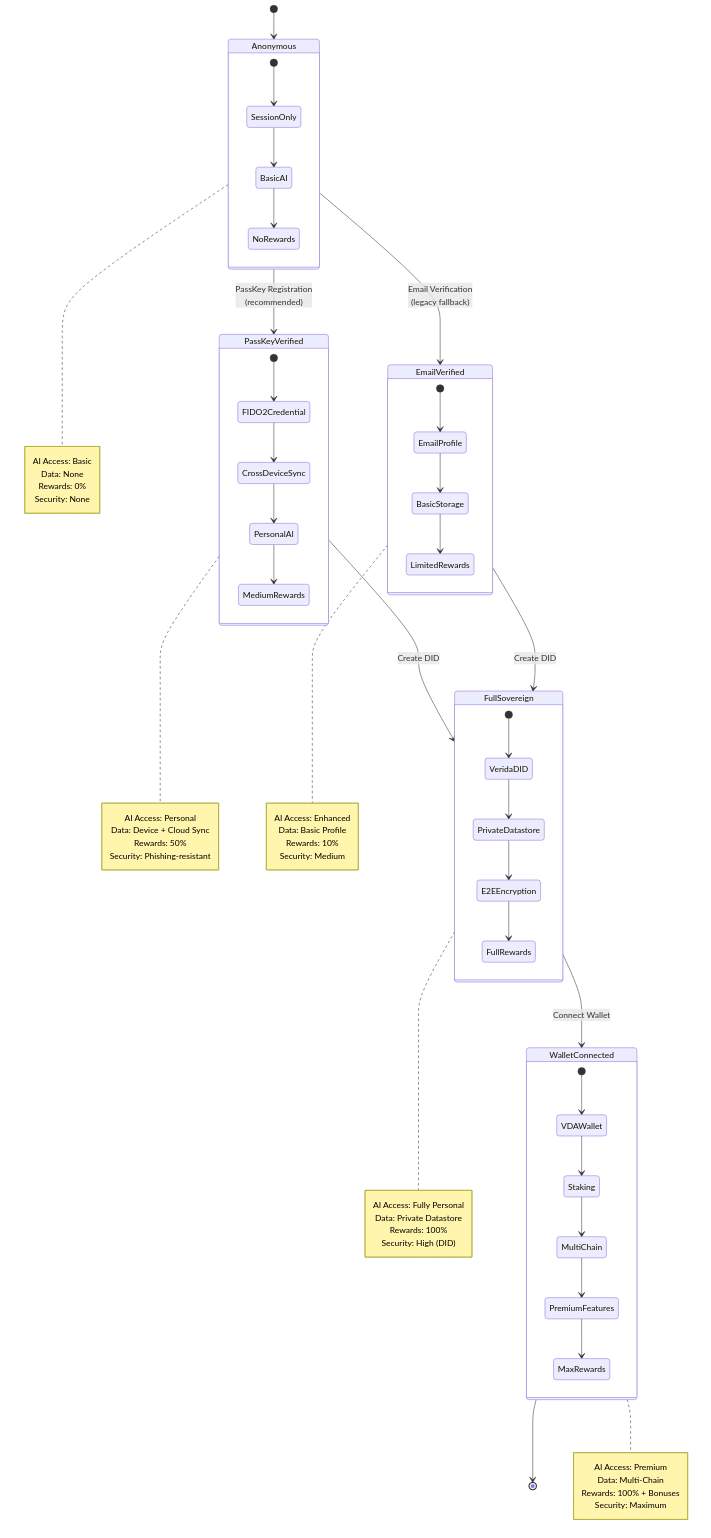
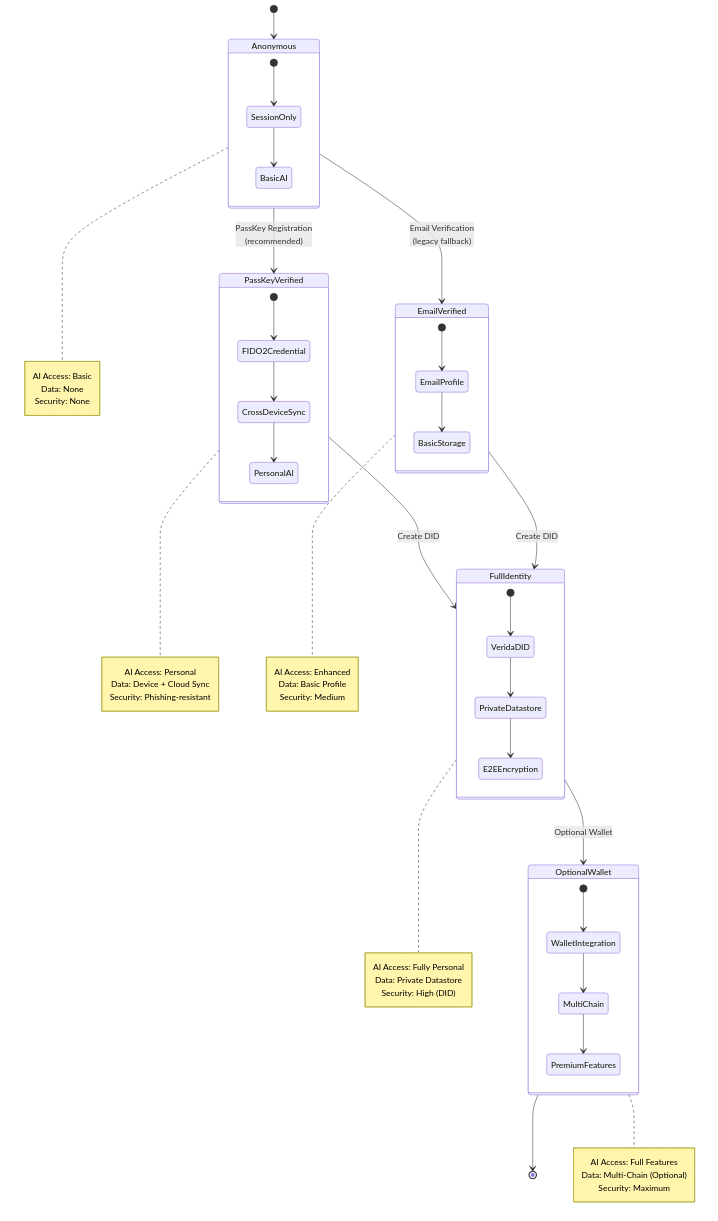
The fifth of 15 diagrams in docs/DATA_FLOWS.md (Kwaai-AI-Lab/KwaaiNet), drawn with Mermaid before and after one commit. The commit also changed other lines of this file and 10 other files, not shown here.

````diff
--- a/docs/DATA_FLOWS.md
+++ b/docs/DATA_FLOWS.md
@@ -207,79 +206,68 @@
     Anonymous --> PassKeyVerified: PassKey Registration<br/>(recommended)
     Anonymous --> EmailVerified: Email Verification<br/>(legacy fallback)
 
-    PassKeyVerified --> FullSovereign: Create DID
-    EmailVerified --> FullSovereign: Create DID
+    PassKeyVerified --> FullIdentity: Create DID
+    EmailVerified --> FullIdentity: Create DID
 
-    FullSovereign --> WalletConnected: Connect Wallet
+    FullIdentity --> OptionalWallet: Optional Wallet
 
     state Anonymous {
         [*] --> SessionOnly
         SessionOnly --> BasicAI
-        BasicAI --> NoRewards
     }
 
     state PassKeyVerified {
         [*] --> FIDO2Credential
         FIDO2Credential --> CrossDeviceSync
         CrossDeviceSync --> PersonalAI
-        PersonalAI --> MediumRewards
     }
 
     state EmailVerified {
         [*] --> EmailProfile
         EmailProfile --> BasicStorage
-        BasicStorage --> LimitedRewards
     }
 
-    state FullSovereign {
+    state FullIdentity {
         [*] --> VeridaDID
         VeridaDID --> PrivateDatastore
         PrivateDatastore --> E2EEncryption
-        E2EEncryption --> FullRewards
     }
 
-    state WalletConnected {
-        [*] --> VDAWallet
-        VDAWallet --> Staking
-        Staking --> MultiChain
+    state OptionalWallet {
+        [*] --> WalletIntegration
+        WalletIntegration --> MultiChain
         MultiChain --> PremiumFeatures
-        PremiumFeatures --> MaxRewards
     }
 
-    WalletConnected --> [*]
+    OptionalWallet --> [*]
 
     note right of Anonymous
         AI Access: Basic
         Data: None
-        Rewards: 0%
         Security: None
     end note
 
     note right of PassKeyVerified
         AI Access: Personal
         Data: Device + Cloud Sync
-        Rewards: 50%
         Security: Phishing-resistant
     end note
 
     note right of EmailVerified
         AI Access: Enhanced
         Data: Basic Profile
-        Rewards: 10%
         Security: Medium
     end note
 
-    note right of FullSovereign
+    note right of FullIdentity
         AI Access: Fully Personal
         Data: Private Datastore
-        Rewards: 100%
         Security: High (DID)
     end note
 
-    note right of WalletConnected
-        AI Access: Premium
-        Data: Multi-Chain
-        Rewards: 100% + Bonuses
+    note right of OptionalWallet
+        AI Access: Full Features
+        Data: Multi-Chain (Optional)
         Security: Maximum
     end note
 ```
````
